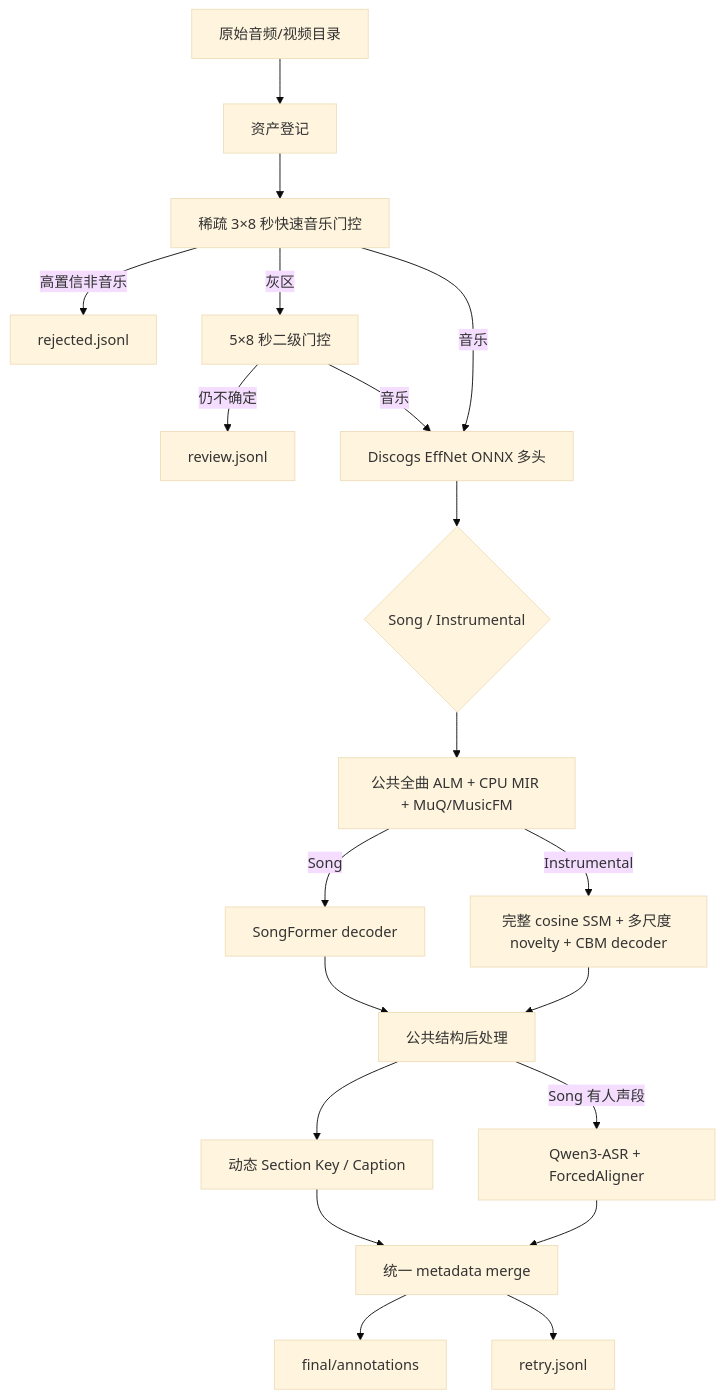
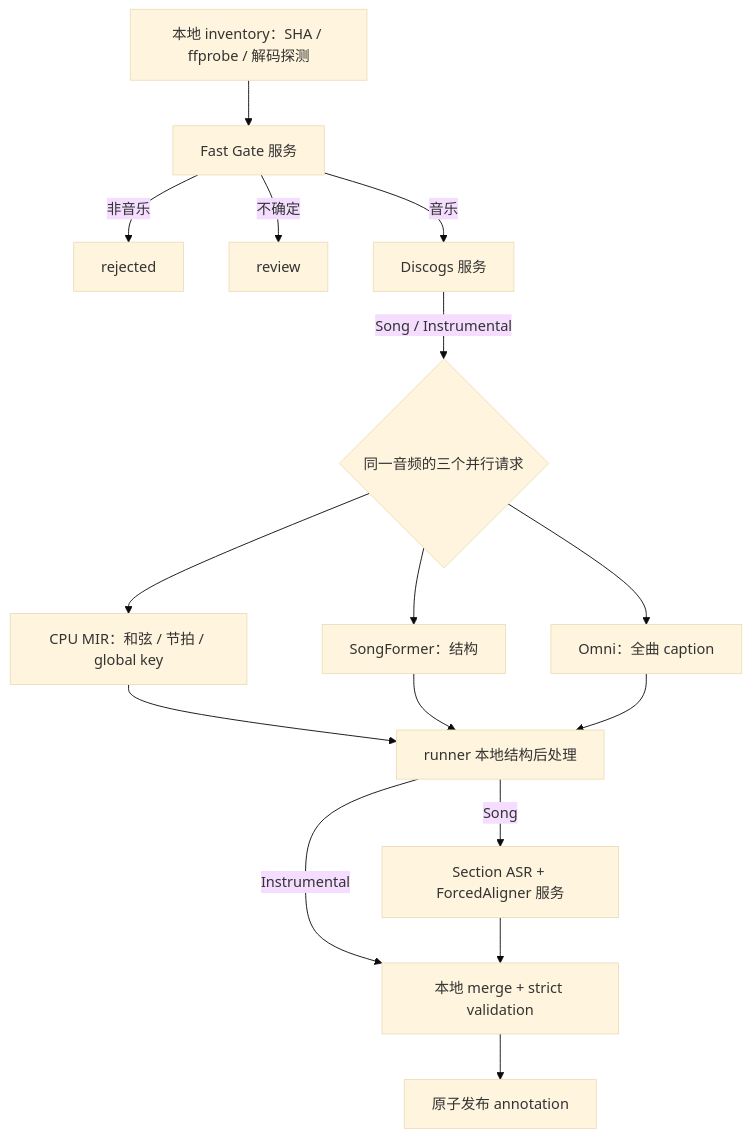
The diagram in README_zh.md (mononoke441/music_data_pipeline), drawn with Mermaid (base theme) before and after one commit. The commit also changed other lines of this file and 43 other files, not shown here.

````diff
--- a/README_zh.md
+++ b/README_zh.md
@@ -9,22 +7,18 @@
 ```mermaid
 flowchart TD
-    A["原始音频/视频目录"] --> B["资产登记"]
-    B --> C["稀疏 3×8 秒快速音乐门控"]
-    C -->|"高置信非音乐"| R["rejected.jsonl"]
-    C -->|"灰区"| C2["5×8 秒二级门控"]
-    C2 -->|"仍不确定"| V["review.jsonl"]
-    C -->|"音乐"| D["Discogs EffNet ONNX 多头"]
-    C2 -->|"音乐"| D
-    D --> E{"Song / Instrumental"}
-    E --> F["公共全曲 ALM + CPU MIR + MuQ/MusicFM"]
-    F -->|"Song"| S["SongFormer decoder"]
-    F -->|"Instrumental"| I["完整 cosine SSM + 多尺度 novelty + CBM decoder"]
-    S --> P["公共结构后处理"]
-    I --> P
-    P --> K["动态 Section Key / Caption"]
-    P -->|"Song 有人声段"| Q["Qwen3-ASR + ForcedAligner"]
-    K --> M["统一 metadata merge"]
-    Q --> M
-    M --> O["final/annotations"]
-    M --> T["retry.jsonl"]
+    I["本地 inventory：SHA / ffprobe / 解码探测"] --> G["Fast Gate 服务"]
+    G -->|"非音乐"| R["rejected"]
+    G -->|"不确定"| V["review"]
+    G -->|"音乐"| D["Discogs 服务"]
+    D -->|"Song / Instrumental"| P{"同一音频的三个并行请求"}
+    P --> C["CPU MIR：和弦 / 节拍 / global key"]
+    P --> S["SongFormer：结构"]
+    P --> O["Omni：全曲 caption"]
+    C --> X["runner 本地结构后处理"]
+    S --> X
+    O --> X
+    X -->|"Song"| A["Section ASR + ForcedAligner 服务"]
+    X -->|"Instrumental"| M["本地 merge + strict validation"]
+    A --> M
+    M --> J["原子发布 annotation"]
 ```
````
